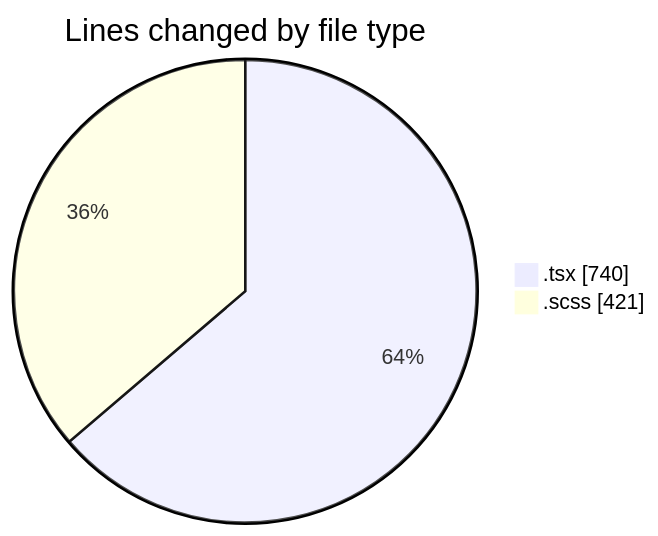
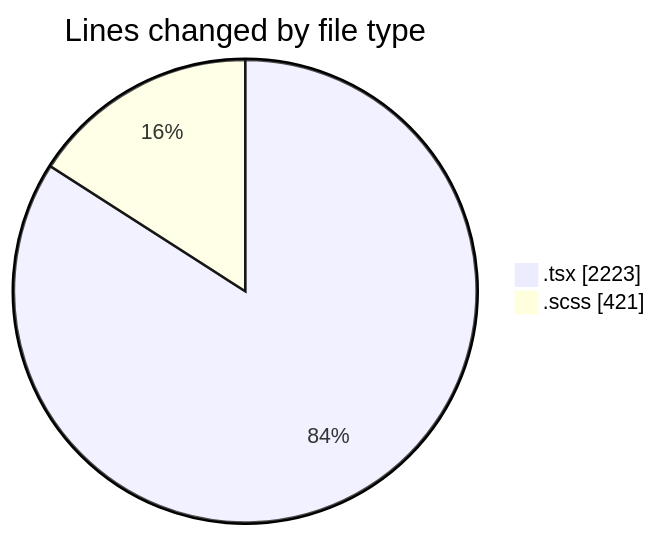
One commit to momahboobian/code-tracking changed the first of 2 diagrams in 2025-10-01/cda/README.md. Above: the diagram before and after it, drawn with Mermaid. The commit also changed other lines of this file and 1 other file, not shown here.

````diff
--- a/2025-10-01/cda/README.md
+++ b/2025-10-01/cda/README.md
@@ -24,6 +25,6 @@
 ```mermaid
 pie showData
 title Lines changed by file type
-".tsx" : 740
+".tsx" : 2223
 ".scss" : 421
 ```
````
